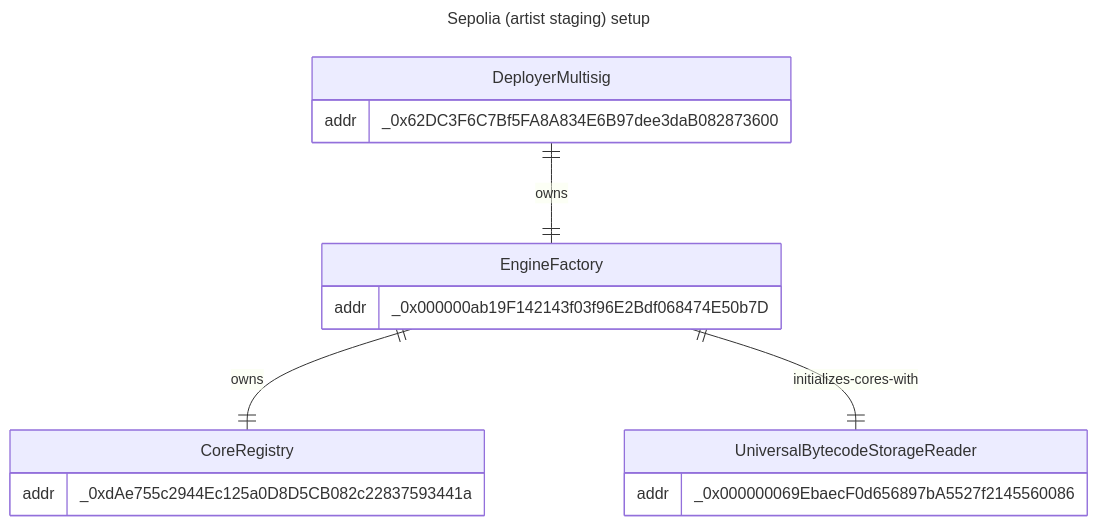
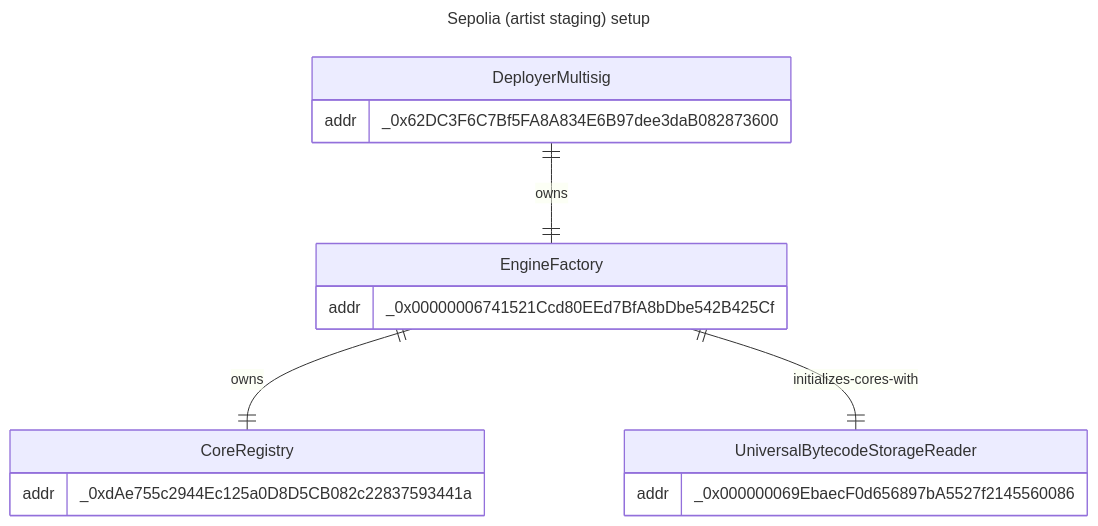
Before and after one commit to ArtBlocks/artblocks-contracts: the fourth of 5 diagrams in packages/contracts/INFRASTRUCTURE.md, drawn with Mermaid. The commit also changed other lines of this file and 2 other files, not shown here.

````diff
--- a/packages/contracts/INFRASTRUCTURE.md
+++ b/packages/contracts/INFRASTRUCTURE.md
@@ -100,21 +100,21 @@
 ```mermaid
 ---
 title: Sepolia (artist staging) setup
 ---
 erDiagram
     DeployerMultisig ||--|| EngineFactory : owns
     EngineFactory ||--|| CoreRegistry : owns
     EngineFactory ||--|| UniversalBytecodeStorageReader : initializes-cores-with
     DeployerMultisig {
         addr _0x62DC3F6C7Bf5FA8A834E6B97dee3daB082873600
     }
     EngineFactory {
-        addr _0x000000ab19F142143f03f96E2Bdf068474E50b7D
+        addr _0x00000006741521Ccd80EEd7BfA8bDbe542B425Cf
     }
     CoreRegistry {
         addr _0xdAe755c2944Ec125a0D8D5CB082c22837593441a
     }
     UniversalBytecodeStorageReader {
         addr _0x000000069EbaecF0d656897bA5527f2145560086
     }
 ```
````
